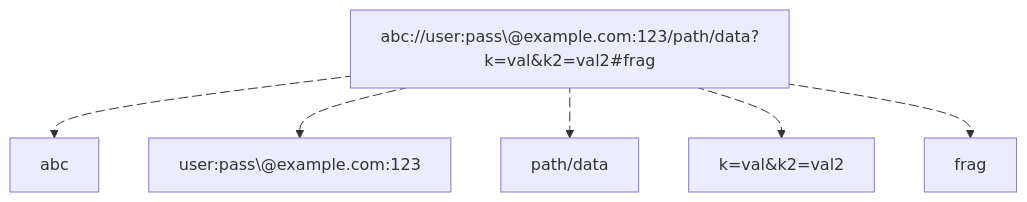
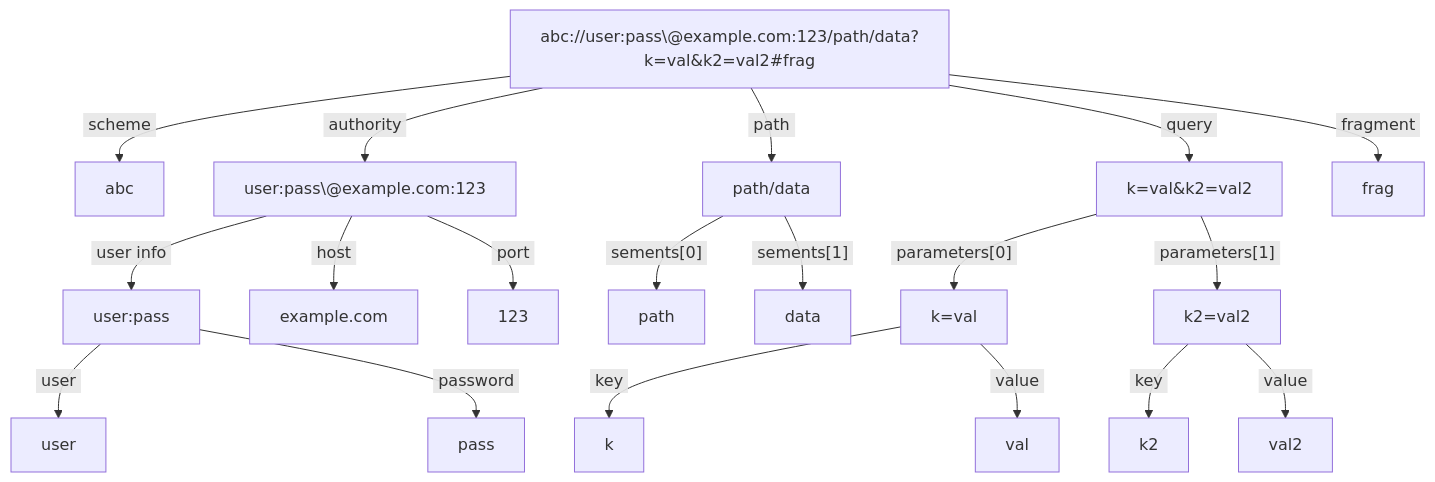
Before and after one commit to boson-php/docs: the diagram in 07.components/uri.md, drawn with Mermaid.

Commit message:
Improve mermaid URI diagram

````diff
--- a/07.components/uri.md
+++ b/07.components/uri.md
@@ -27,21 +27,41 @@
 ```mermaid
-    flowchart
-    Uri e1@--> Scheme
-    Uri e2@--> Authority
-    Uri e3@--> Path
-    Uri e4@--> Query
-    Uri e5@--> Fragment
-
-    e1@{ animation: fast }
-    e2@{ animation: fast }
-    e3@{ animation: fast }
-    e4@{ animation: fast }
-    e5@{ animation: fast }
-
+flowchart
+    Uri --> |&nbsp;scheme&nbsp;| Scheme
+    Uri --> |&nbsp;authority&nbsp;| Authority
+    Uri --> |&nbsp;path&nbsp;| Path
+    Uri --> |&nbsp;query&nbsp;| Query
+    Uri --> |&nbsp;fragment&nbsp;| Fragment
+    Authority --> |&nbsp;user info&nbsp;| UserInfo
+    Authority --> |&nbsp;host&nbsp;| Host
+    Authority --> |&nbsp;port&nbsp;| Port
+    UserInfo --> |&nbsp;user&nbsp;| User
+    UserInfo --> |&nbsp;password&nbsp;| Password
+    Path --> |"&nbsp;sements[0]&nbsp;"| Segment1
+    Path --> |"&nbsp;sements[1]&nbsp;"| Segment2
+    Query --> |"&nbsp;parameters[0]&nbsp;"| Parameter1
+    Query --> |"&nbsp;parameters[1]&nbsp;"| Parameter2
+    Parameter1 --> |&nbsp;key&nbsp;| Parameter1Key
+    Parameter1 --> |&nbsp;value&nbsp;| Parameter1Value
+    Parameter2 --> |&nbsp;key&nbsp;| Parameter2Key
+    Parameter2 --> |&nbsp;value&nbsp;| Parameter2Value
+    
     Uri["abc://user:pass\@example.com:123/path/data?k=val&k2=val2#frag"]
     Scheme["abc"]
     Authority["user:pass\@example.com:123"]
     Path["path/data"]
     Query["k=val&k2=val2"]
     Fragment["frag"]
+    UserInfo["user:pass"]
+    User["user"]
+    Password["pass"]
+    Host["example.com"]
+    Port["123"]
+    Segment1["path"]
+    Segment2["data"]
+    Parameter1["k=val"]
+    Parameter2["k2=val2"]
+    Parameter1Key["k"]
+    Parameter1Value["val"]
+    Parameter2Key["k2"]
+    Parameter2Value["val2"]
 ```
````
